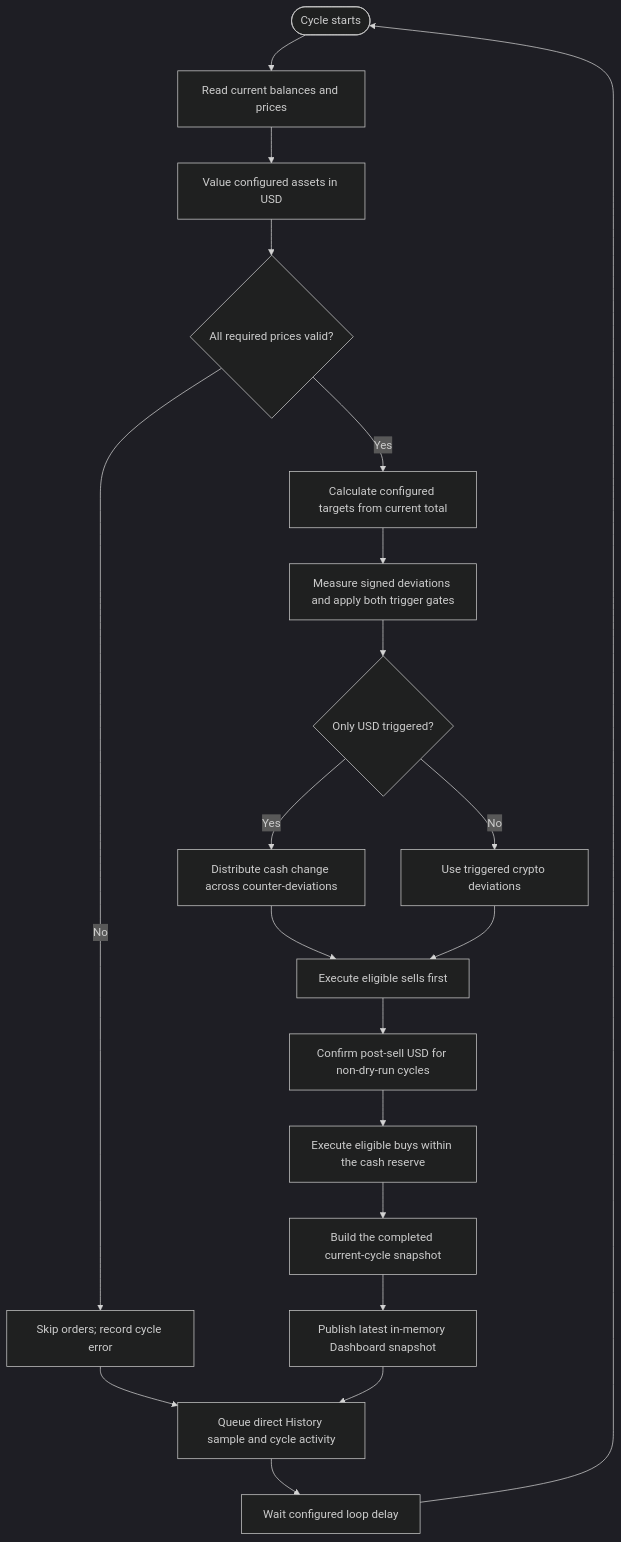
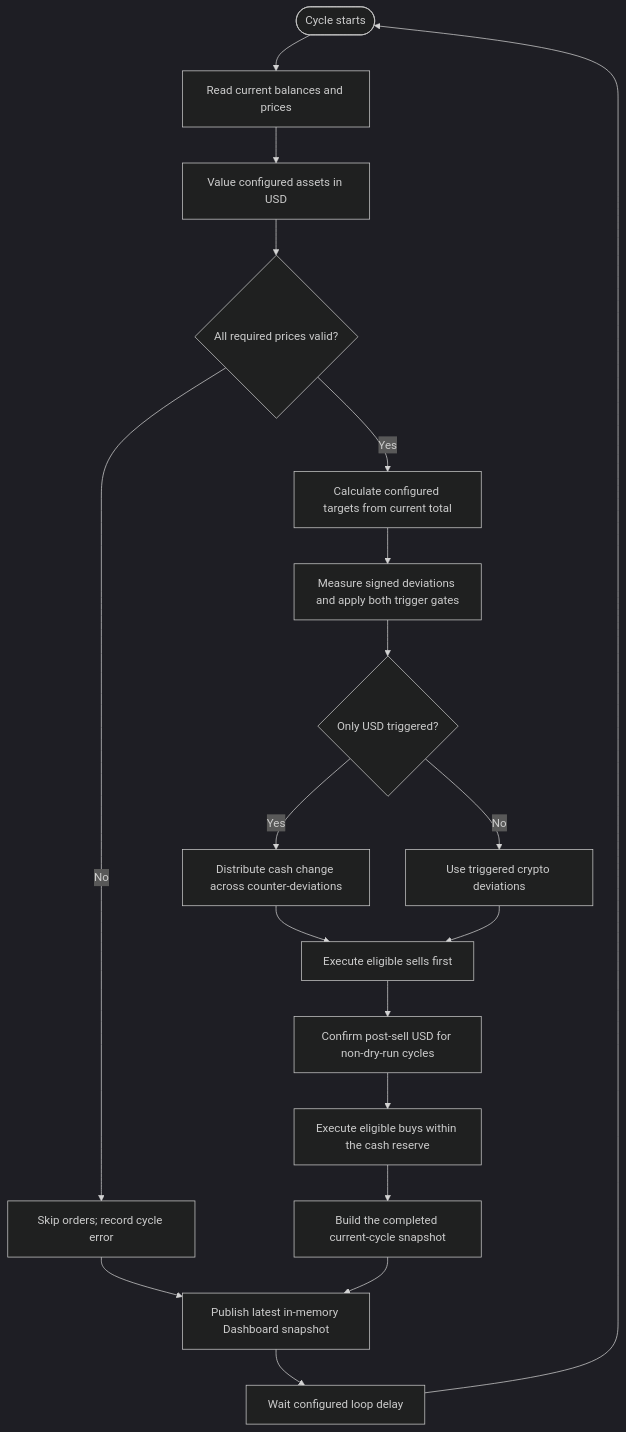
One commit to HyperVon/new-kraken-rebalancer changed the diagram in docs/ALGORITHM.md. Above: the diagram before and after it, drawn with Mermaid (dark theme). The commit also changed other lines of this file and 232 other files, not shown here.

````diff
--- a/docs/ALGORITHM.md
+++ b/docs/ALGORITHM.md
@@ -14,22 +10,21 @@
 ```mermaid
 flowchart TD
     START([Cycle starts]) --> BAL[Read current balances and prices]
     BAL --> VALUE[Value configured assets in USD]
     VALUE --> VALID{All required prices valid?}
     VALID -- No --> STOP["Skip orders; record cycle error"]
     VALID -- Yes --> TARGET[Calculate configured targets from current total]
     TARGET --> PLAN[Measure signed deviations and apply both trigger gates]
     PLAN --> CORRECT{Only USD triggered?}
     CORRECT -- Yes --> CASH[Distribute cash change across counter-deviations]
     CORRECT -- No --> ORDERS[Use triggered crypto deviations]
     CASH --> SELL[Execute eligible sells first]
     ORDERS --> SELL
     SELL --> SETTLE[Confirm post-sell USD for non-dry-run cycles]
     SETTLE --> BUY[Execute eligible buys within the cash reserve]
     BUY --> SNAP[Build the completed current-cycle snapshot]
-    STOP --> HISTORY[Queue direct History sample and cycle activity]
-    SNAP --> PUBLISH[Publish latest in-memory Dashboard snapshot]
-    PUBLISH --> HISTORY
-    HISTORY --> WAIT[Wait configured loop delay]
+    STOP --> PUBLISH[Publish latest in-memory Dashboard snapshot]
+    SNAP --> PUBLISH
+    PUBLISH --> WAIT[Wait configured loop delay]
     WAIT --> START
 ```
````
